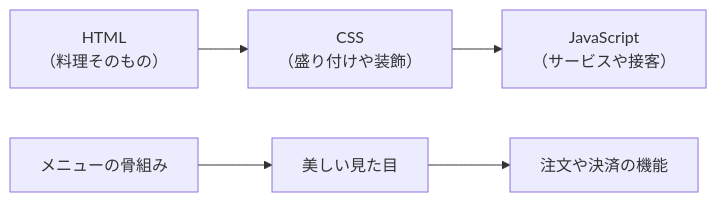
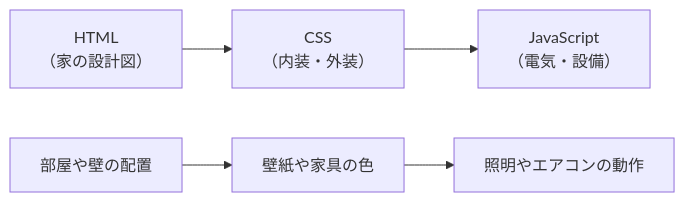
Before and after one commit to Monzi-takuya/web-fundamentals-for-non-engineers: the second of 3 diagrams in docs/01_コンピューター基礎知識/06_推奨_プログラミング言語という道具箱.md, drawn with Mermaid. The commit also changed other lines of this file, not shown here.

````diff
--- a/docs/01_コンピューター基礎知識/06_推奨_プログラミング言語という道具箱.md
+++ b/docs/01_コンピューター基礎知識/06_推奨_プログラミング言語という道具箱.md
@@ -136,8 +139,8 @@
 ```mermaid
 flowchart LR
-    A["HTML<br/>（料理そのもの）"] --> B["CSS<br/>（盛り付けや装飾）"]
-    B --> C["JavaScript<br/>（サービスや接客）"]
+    A["HTML<br/>（家の設計図）"] --> B["CSS<br/>（内装・外装）"]
+    B --> C["JavaScript<br/>（電気・設備）"]
     
-    D["メニューの骨組み"] --> E["美しい見た目"] 
-    E --> F["注文や決済の機能"]
+    D["部屋や壁の配置"] --> E["壁紙や家具の色"] 
+    E --> F["照明やエアコンの動作"]
 ```
````
